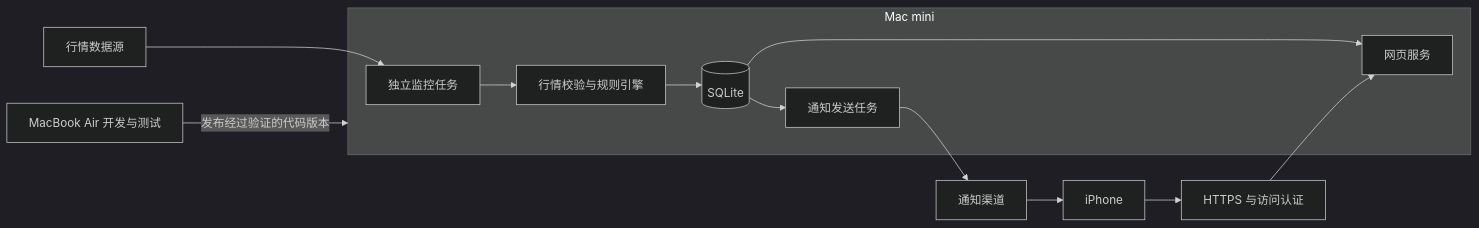
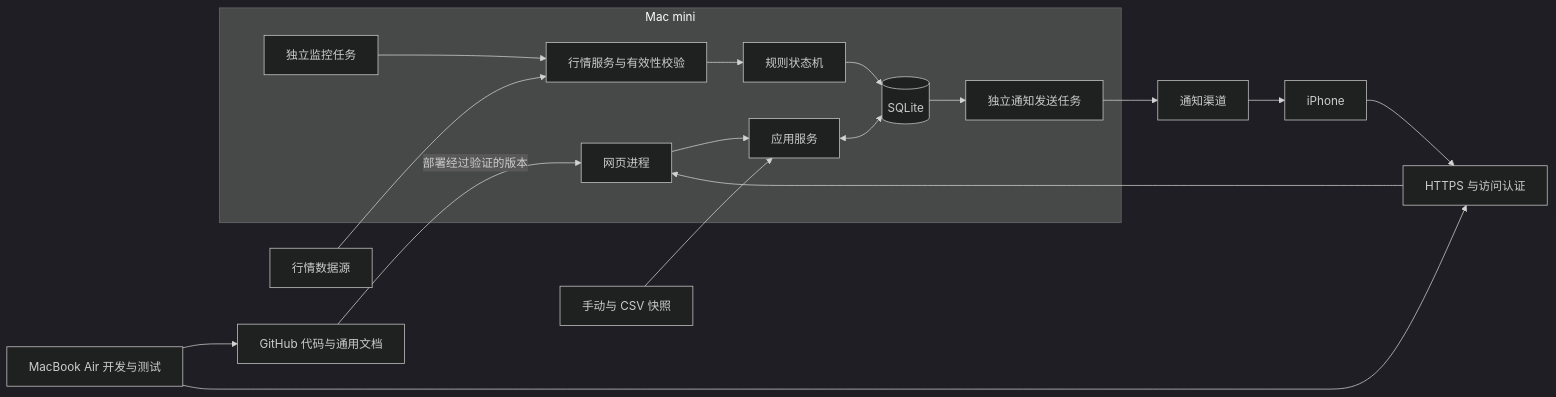
The diagram in docs/ARCHITECTURE.md (AttetionGan/stock-copilot), drawn with Mermaid (dark theme) before and after one commit. The commit also changed other lines of this file and 44 other files, not shown here.

````diff
--- a/docs/ARCHITECTURE.md
+++ b/docs/ARCHITECTURE.md
@@ -7,15 +19,20 @@
 ```mermaid
 flowchart LR
-  AIR[MacBook Air 开发与测试] -->|发布经过验证的代码版本| MINI[Mac mini]
+  AIR[MacBook Air 开发与测试] --> GIT[GitHub 代码与通用文档]
+  GIT -->|部署经过验证的版本| WEB
   subgraph MINI[Mac mini]
-    JOB[独立监控任务] --> RULE[行情校验与规则引擎]
+    JOB[独立监控任务] --> MARKET[行情服务与有效性校验]
+    MARKET --> RULE[规则状态机]
     RULE --> DB[(SQLite)]
-    DB --> UI[网页服务]
-    DB --> SEND[通知发送任务]
+    WEB[网页进程] --> SERVICE[应用服务]
+    SERVICE <--> DB
+    DB --> SEND[独立通知发送任务]
   end
-  PROVIDER[行情数据源] --> JOB
+  PROVIDER[行情数据源] --> MARKET
+  CSV[手动与 CSV 快照] --> SERVICE
   SEND --> PUSH[通知渠道]
   PUSH --> PHONE[iPhone]
   PHONE --> ENTRY[HTTPS 与访问认证]
-  ENTRY --> UI
+  AIR --> ENTRY
+  ENTRY --> WEB
 ```
````
